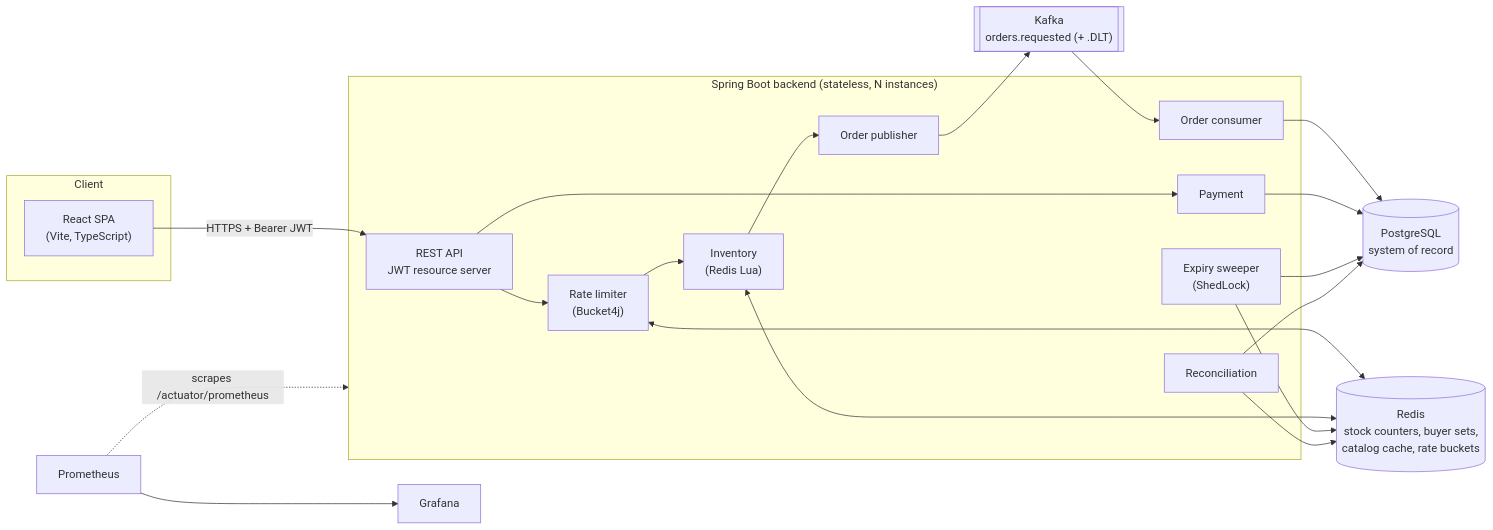
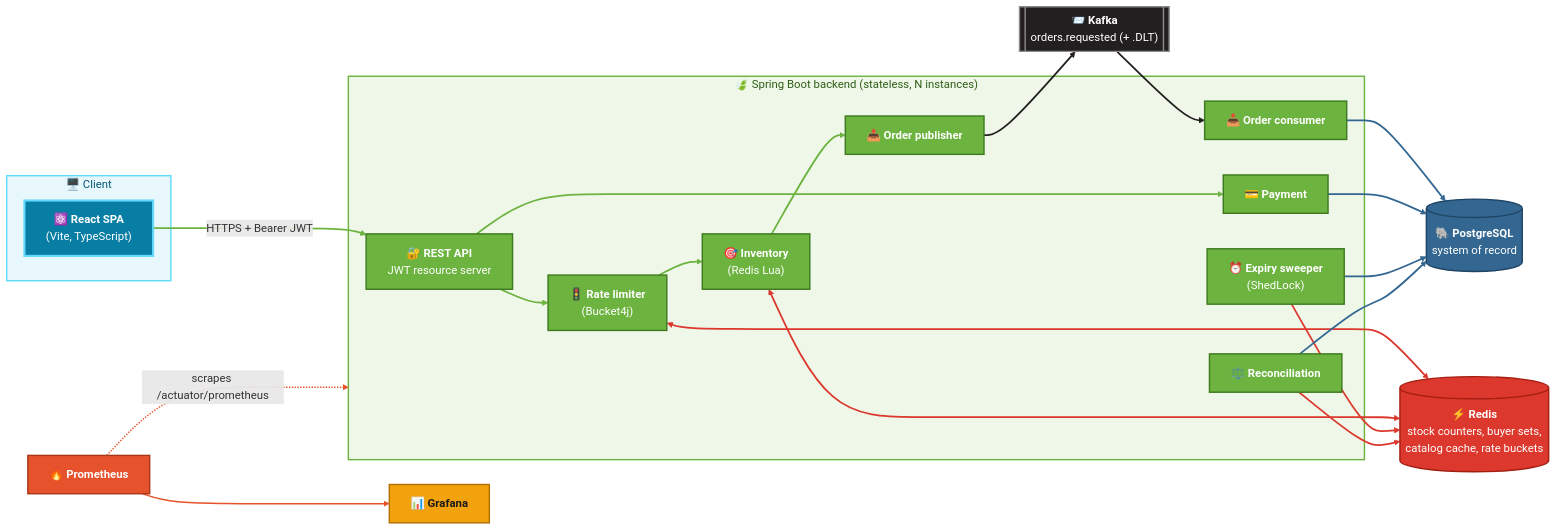
Before and after one commit to leileili1010/flash-sale-system: the first of 4 diagrams in docs/architecture.md, drawn with Mermaid.

Commit message:
docs: color-code the system overview diagram by technology (#22)
Gives each component its technology's brand color and an icon, and
colors connections by their target (Redis, Kafka, PostgreSQL, the
purchase path, monitoring) so the diagram reads at a glance. The
layout is unchanged.

````diff
--- a/docs/architecture.md
+++ b/docs/architecture.md
@@ -27,32 +27,55 @@
 ```mermaid
 flowchart LR
-    subgraph Client
-        SPA["React SPA<br/>(Vite, TypeScript)"]
+    subgraph Client["🖥️ Client"]
+        SPA["⚛️ <b>React SPA</b><br/>(Vite, TypeScript)"]
     end
-    subgraph Backend["Spring Boot backend (stateless, N instances)"]
-        API["REST API<br/>JWT resource server"]
-        RL["Rate limiter<br/>(Bucket4j)"]
-        INV["Inventory<br/>(Redis Lua)"]
-        PUB["Order publisher"]
-        CON["Order consumer"]
-        PAY["Payment"]
-        SWP["Expiry sweeper<br/>(ShedLock)"]
-        REC["Reconciliation"]
+    subgraph Backend["🍃 Spring Boot backend (stateless, N instances)"]
+        API["🔐 <b>REST API</b><br/>JWT resource server"]
+        RL["🚦 <b>Rate limiter</b><br/>(Bucket4j)"]
+        INV["🎯 <b>Inventory</b><br/>(Redis Lua)"]
+        PUB["📤 <b>Order publisher</b>"]
+        CON["📥 <b>Order consumer</b>"]
+        PAY["💳 <b>Payment</b>"]
+        SWP["⏰ <b>Expiry sweeper</b><br/>(ShedLock)"]
+        REC["⚖️ <b>Reconciliation</b>"]
     end
-    Redis[("Redis<br/>stock counters, buyer sets,<br/>catalog cache, rate buckets")]
-    Kafka[["Kafka<br/>orders.requested (+ .DLT)"]]
-    PG[("PostgreSQL<br/>system of record")]
-    Prom["Prometheus"] --> Graf["Grafana"]
+    Redis[("⚡ <b>Redis</b><br/>stock counters, buyer sets,<br/>catalog cache, rate buckets")]
+    Kafka[["📨 <b>Kafka</b><br/>orders.requested (+ .DLT)"]]
+    PG[("🐘 <b>PostgreSQL</b><br/>system of record")]
+    Prom["🔥 <b>Prometheus</b>"] --> Graf["📊 <b>Grafana</b>"]
 
     SPA -->|HTTPS + Bearer JWT| API
     API --> RL --> INV --> PUB
     RL <--> Redis
     INV <--> Redis
     PUB --> Kafka --> CON --> PG
     API --> PAY --> PG
     SWP --> PG
     SWP --> Redis
     REC --> Redis
     REC --> PG
     Prom -. scrapes /actuator/prometheus .-> Backend
+
+    classDef react fill:#087EA4,stroke:#61DAFB,stroke-width:3px,color:#fff
+    classDef spring fill:#6DB33F,stroke:#3D7A1F,stroke-width:2px,color:#fff
+    classDef redis fill:#DC382D,stroke:#A41E11,stroke-width:2px,color:#fff
+    classDef kafka fill:#231F20,stroke:#8A8A8A,stroke-width:2px,color:#fff
+    classDef postgres fill:#336791,stroke:#1F4566,stroke-width:2px,color:#fff
+    classDef prometheus fill:#E6522C,stroke:#A8361A,stroke-width:2px,color:#fff
+    classDef grafana fill:#F2A20C,stroke:#B36F00,stroke-width:2px,color:#1A1A1A
+    class SPA react
+    class API,RL,INV,PUB,CON,PAY,SWP,REC spring
+    class Redis redis
+    class Kafka kafka
+    class PG postgres
+    class Prom prometheus
+    class Graf grafana
+    style Client fill:#E7F7FC,stroke:#61DAFB,stroke-width:2px,color:#055A75
+    style Backend fill:#EEF7E8,stroke:#6DB33F,stroke-width:2px,color:#2F5E18
+
+    linkStyle 1,2,3,4,10 stroke:#6DB33F,stroke-width:2.5px
+    linkStyle 5,6,13,14 stroke:#DC382D,stroke-width:2.5px
+    linkStyle 7,8 stroke:#231F20,stroke-width:2.5px
+    linkStyle 9,11,12,15 stroke:#336791,stroke-width:2.5px
+    linkStyle 0,16 stroke:#E6522C,stroke-width:2px
 ```
````
